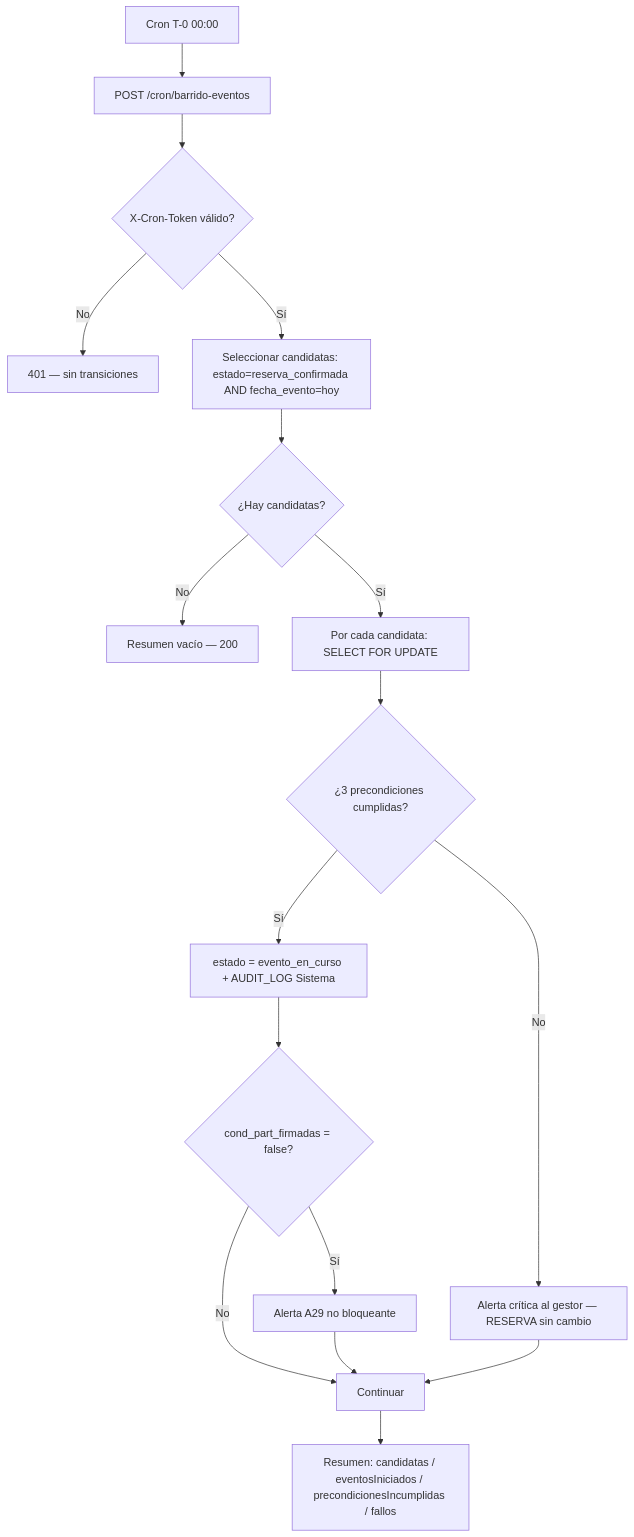
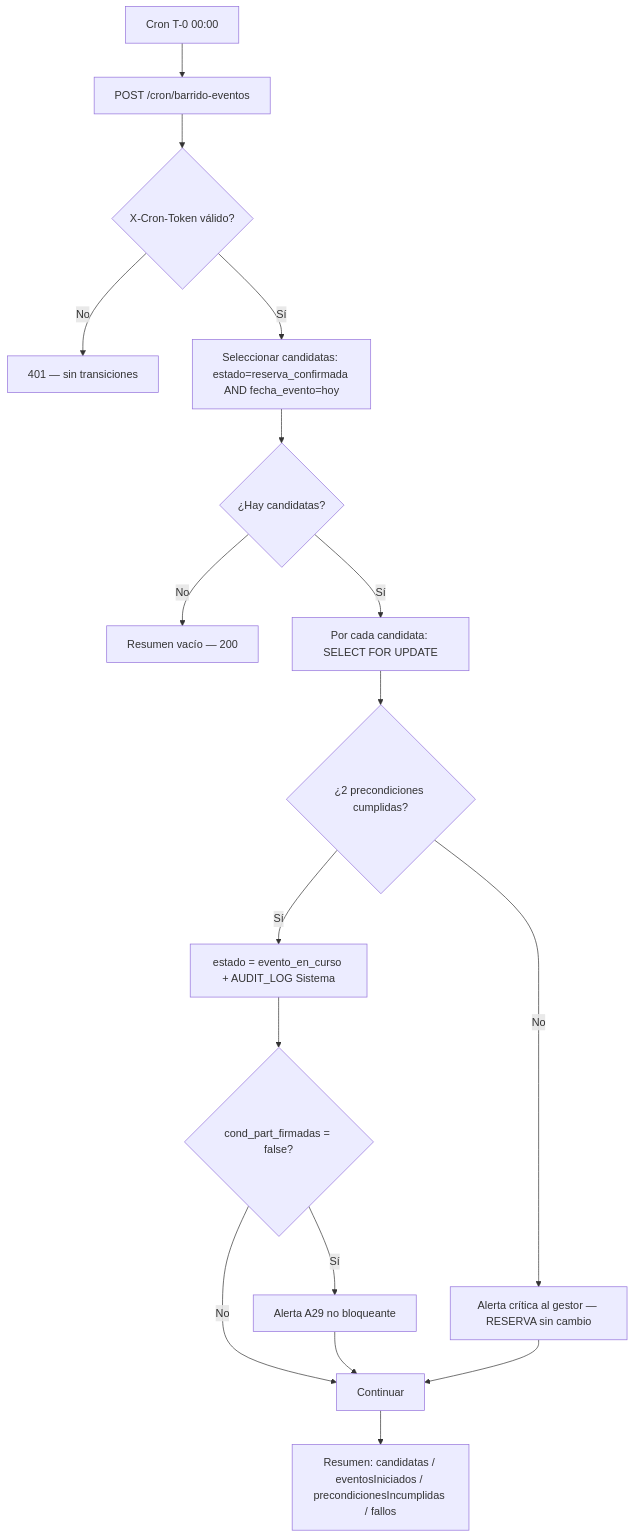
One commit to rvila89/slotify changed diagram 18 of 24 in docs/use-cases.md. Above: the diagram before and after it, drawn with Mermaid. The commit also changed other lines of this file and 209 other files, not shown here.

````diff
--- a/docs/use-cases.md
+++ b/docs/use-cases.md
@@ -1509,19 +1500,19 @@
 ```mermaid
 flowchart TD
     A[Cron T-0 00:00] --> B[POST /cron/barrido-eventos]
     B --> C{X-Cron-Token válido?}
     C -->|No| Z[401 — sin transiciones]
     C -->|Sí| D[Seleccionar candidatas: estado=reserva_confirmada AND fecha_evento=hoy]
     D --> E{¿Hay candidatas?}
     E -->|No| F[Resumen vacío — 200]
     E -->|Sí| G[Por cada candidata: SELECT FOR UPDATE]
-    G --> H{¿3 precondiciones cumplidas?}
+    G --> H{¿2 precondiciones cumplidas?}
     H -->|Sí| I[estado = evento_en_curso + AUDIT_LOG Sistema]
     H -->|No| J[Alerta crítica al gestor — RESERVA sin cambio]
     I --> K{cond_part_firmadas = false?}
     K -->|Sí| L[Alerta A29 no bloqueante]
     K -->|No| M[Continuar]
     L --> M
     J --> M
     M --> N[Resumen: candidatas / eventosIniciados / precondicionesIncumplidas / fallos]
 ```
````
